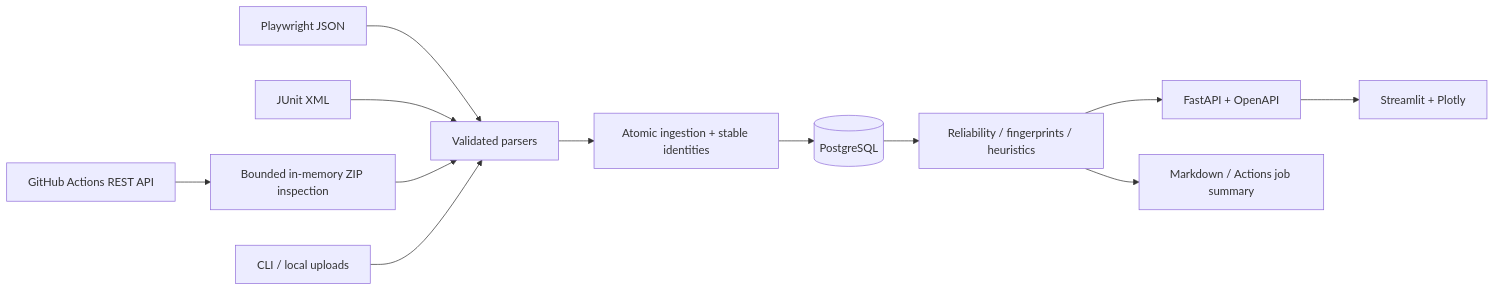
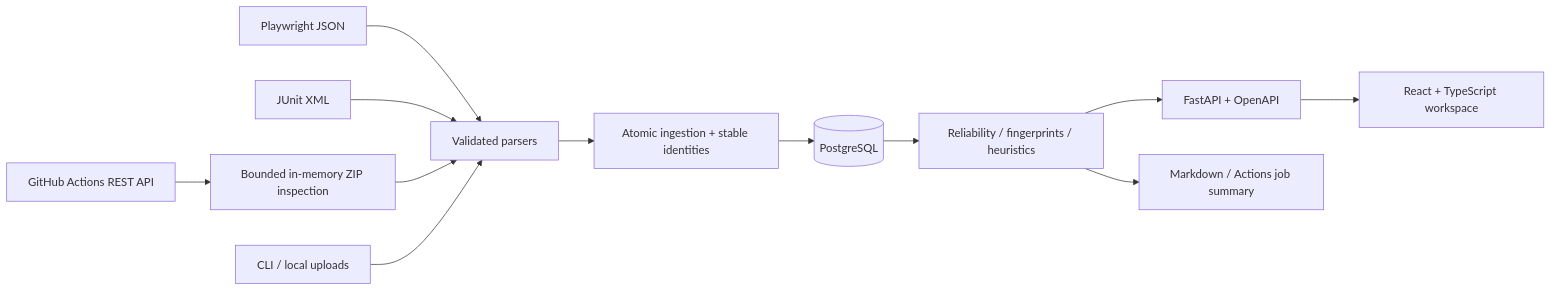
Before and after one commit to EliyahuEden/FlakeGuard: the diagram in README.md, drawn with Mermaid. The commit also changed other lines of this file and 49 other files, not shown here.

First line of the commit message:
Replace the Streamlit dashboard with a React and TypeScript workspace

````diff
--- a/README.md
+++ b/README.md
@@ -97,14 +101,14 @@
 ```mermaid
 flowchart LR
     PW[Playwright JSON] --> Parse[Validated parsers]
     JU[JUnit XML] --> Parse
     GH[GitHub Actions REST API] --> ZIP[Bounded in-memory ZIP inspection]
     ZIP --> Parse
     CLI[CLI / local uploads] --> Parse
     Parse --> TX[Atomic ingestion + stable identities]
     TX --> DB[(PostgreSQL)]
     DB --> Analysis[Reliability / fingerprints / heuristics]
     Analysis --> API[FastAPI + OpenAPI]
-    API --> UI[Streamlit + Plotly]
+    API --> UI[React + TypeScript workspace]
     Analysis --> Summary[Markdown / Actions job summary]
 ```
````
